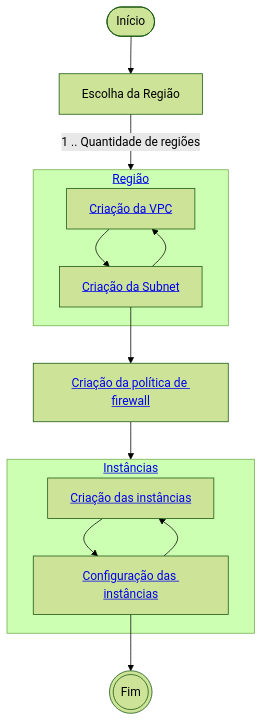
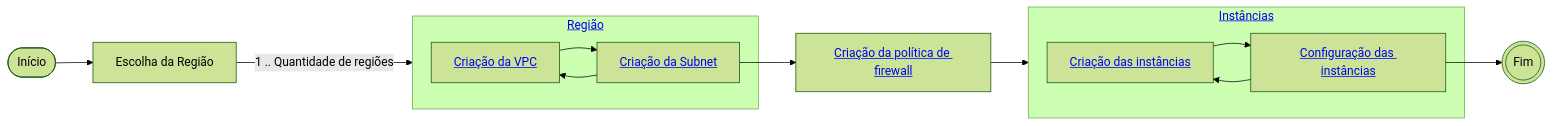
One commit to gabrielrbernardi/Honeypots changed the diagram in experimentos/Documentacao.md. Above: the diagram before and after it, drawn with Mermaid (forest theme).

````diff
--- a/experimentos/Documentacao.md
+++ b/experimentos/Documentacao.md
@@ -3,24 +3,24 @@
 ```mermaid
-flowchart TB
+flowchart LR
 A([Início])
 subgraph Região [<a href='#definição-das-regiões'>Região</a>]
 B[<a href='#efetuar-a-criação-de-uma-vpc-e-um-subnet-para-cada-região-escolhida'>Criação da VPC</a>]
 C[<a href='#efetuar-a-criação-de-uma-vpc-e-um-subnet-para-cada-região-escolhida'>Criação da Subnet</a>]
 end
 D[<a href='#efetuar-a-criação-de-uma-política-de-firewall-para-que-possa-ser-aplicada-as-vpcs'>Criação da política de firewall</a>]
 subgraph Instâncias [<a href='#efetuar-criação-de-instâncias'>Instâncias</a>]
 E[<a href='#efetuar-criação-de-instâncias'>Criação das instâncias</a>]
 F[<a href='#efetuar-criação-de-instâncias'>Configuração das instâncias</a>]
 end
 G(((Fim)))
 R[Escolha da Região]
 A --> R -->|1 .. Quantidade de regiões| Região
 B --> C
 C --> B
 C --> D
 D --> Instâncias
 E --> F
 F --> E
 F --> G
 
 ```
````
